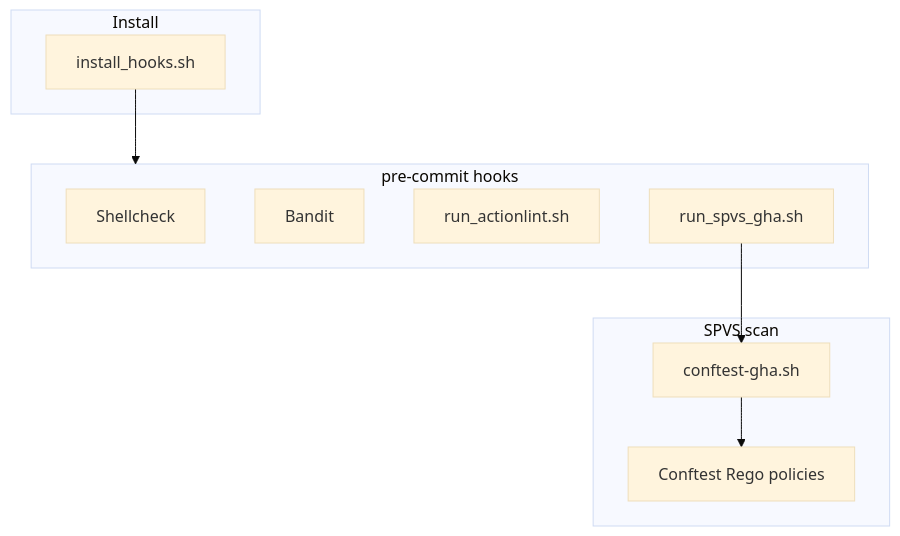
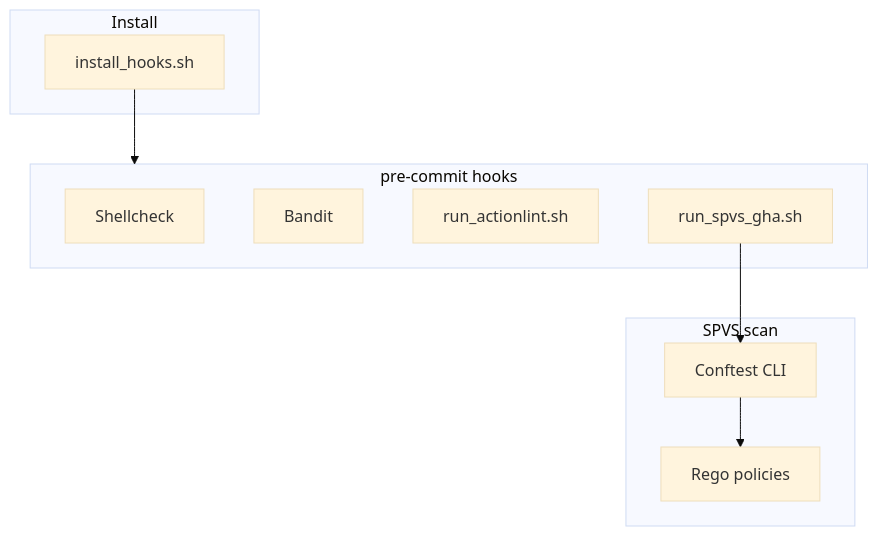
Before and after one commit to ravichandrapatel/gha-reusable-actions-workflows: the diagram in docs/03-dev-hooks.md, drawn with Mermaid (base theme). The commit also changed other lines of this file and 27 other files, not shown here.

First line of the commit message:
DCDT-121231 feat(spvs): env-based Conftest skips with line-number reporting

````diff
--- a/docs/03-dev-hooks.md
+++ b/docs/03-dev-hooks.md
@@ -11,18 +11,18 @@
 ```mermaid
 flowchart TB
   subgraph install [Install]
     IH[install_hooks.sh]
   end
   subgraph hooks [pre-commit hooks]
     SC[Shellcheck]
     BD[Bandit]
     AL[run_actionlint.sh]
     SPVS[run_spvs_gha.sh]
   end
   subgraph scan [SPVS scan]
-    CG[conftest-gha.sh]
-    CF[Conftest Rego policies]
+    CF[Conftest CLI]
+    RG[Rego policies]
   end
   IH --> hooks
-  SPVS --> CG --> CF
+  SPVS --> CF --> RG
 ```
````
